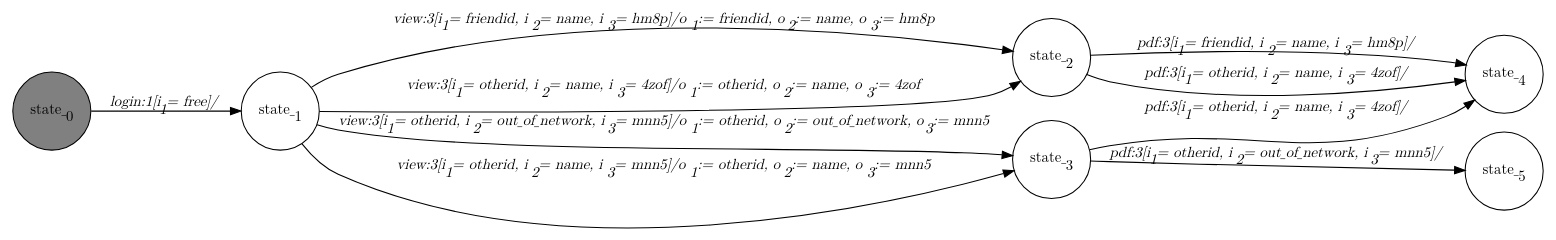
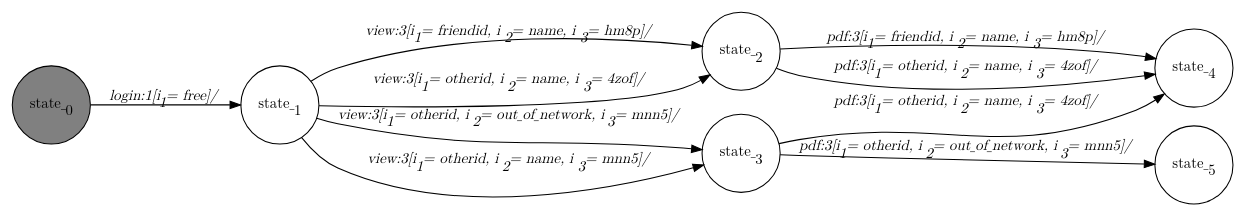
One commit to jmafoster1/efsm-sal changed the diagram in dotfiles/LinkedIn.dot. Above: the diagram before and after it, drawn with Graphviz. The commit also changed 14 other files, not shown here.

```diff
--- a/dotfiles/LinkedIn.dot
+++ b/dotfiles/LinkedIn.dot
@@ -1,22 +1,22 @@
 digraph LinkedIn{
    graph [rankdir="LR", fontname="Latin Modern Math"];
    node [color="black", fillcolor="white", shape="circle", style="filled", fontname="Latin Modern Math"];
    edge [fontname="Latin Modern Math"];
 
    State_0[fillcolor="gray", label=<state_<sub>0</sub>>];
    State_1[label=<state_<sub>1</sub>>];
    State_2[label=<state_<sub>2</sub>>];
    State_3[label=<state_<sub>3</sub>>];
    State_4[label=<state_<sub>4</sub>>];
    State_5[label=<state_<sub>5</sub>>];
 
    State_0->State_1[label=<<i>login:1&#91;i<sub>1</sub> = free&#93;/</i>>];
-   State_1->State_2[label=<<i>view:3&#91;i<sub>1</sub> = friendid, i<sub>2</sub> = name, i<sub>3</sub> = hm8p&#93;/o<sub>1</sub> := friendid, o<sub>2</sub> := name, o<sub>3</sub> := hm8p</i>>];
-   State_1->State_2[label=<<i>view:3&#91;i<sub>1</sub> = otherid, i<sub>2</sub> = name, i<sub>3</sub> = 4zof&#93;/o<sub>1</sub> := otherid, o<sub>2</sub> := name, o<sub>3</sub> := 4zof</i>>];
-   State_1->State_3[label=<<i>view:3&#91;i<sub>1</sub> = otherid, i<sub>2</sub> = out_of_network, i<sub>3</sub> = mnn5&#93;/o<sub>1</sub> := otherid, o<sub>2</sub> := out_of_network, o<sub>3</sub> := mnn5</i>>];
-   State_1->State_3[label=<<i>view:3&#91;i<sub>1</sub> = otherid, i<sub>2</sub> = name, i<sub>3</sub> = mnn5&#93;/o<sub>1</sub> := otherid, o<sub>2</sub> := name, o<sub>3</sub> := mnn5</i>>];
+   State_1->State_2[label=<<i>view:3&#91;i<sub>1</sub> = friendid, i<sub>2</sub> = name, i<sub>3</sub> = hm8p&#93;/</i>>];
+   State_1->State_2[label=<<i>view:3&#91;i<sub>1</sub> = otherid, i<sub>2</sub> = name, i<sub>3</sub> = 4zof&#93;/</i>>];
+   State_1->State_3[label=<<i>view:3&#91;i<sub>1</sub> = otherid, i<sub>2</sub> = out_of_network, i<sub>3</sub> = mnn5&#93;/</i>>];
+   State_1->State_3[label=<<i>view:3&#91;i<sub>1</sub> = otherid, i<sub>2</sub> = name, i<sub>3</sub> = mnn5&#93;/</i>>];
    State_2->State_4[label=<<i>pdf:3&#91;i<sub>1</sub> = friendid, i<sub>2</sub> = name, i<sub>3</sub> = hm8p&#93;/</i>>];
    State_3->State_4[label=<<i>pdf:3&#91;i<sub>1</sub> = otherid, i<sub>2</sub> = name, i<sub>3</sub> = 4zof&#93;/</i>>];
    State_2->State_4[label=<<i>pdf:3&#91;i<sub>1</sub> = otherid, i<sub>2</sub> = name, i<sub>3</sub> = 4zof&#93;/</i>>];
    State_3->State_5[label=<<i>pdf:3&#91;i<sub>1</sub> = otherid, i<sub>2</sub> = out_of_network, i<sub>3</sub> = mnn5&#93;/</i>>];
 }
```
